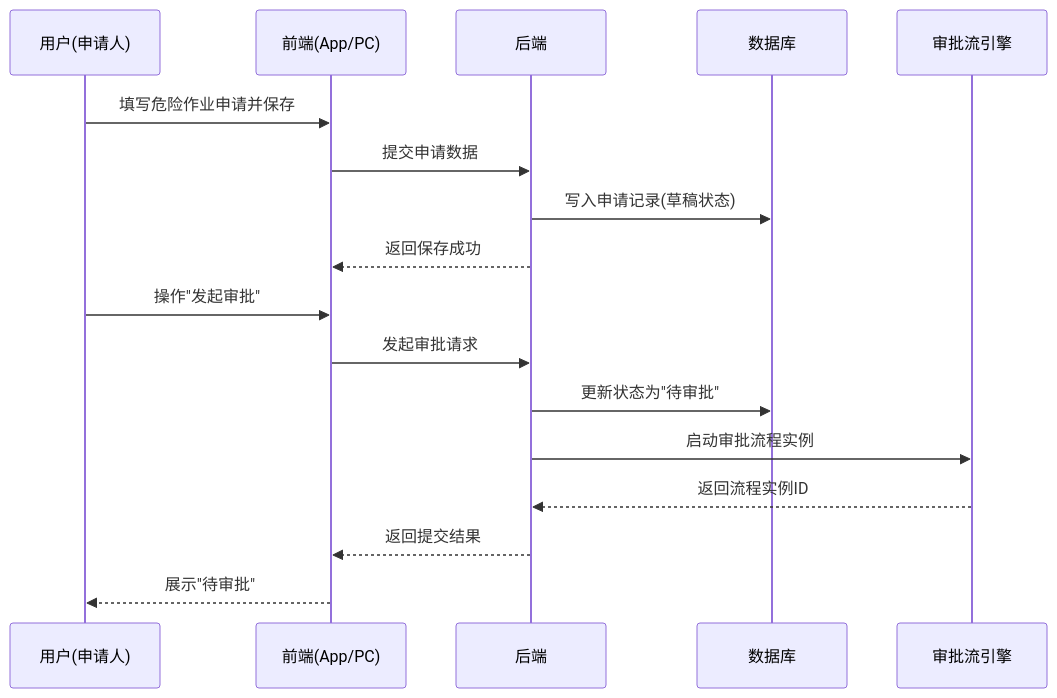
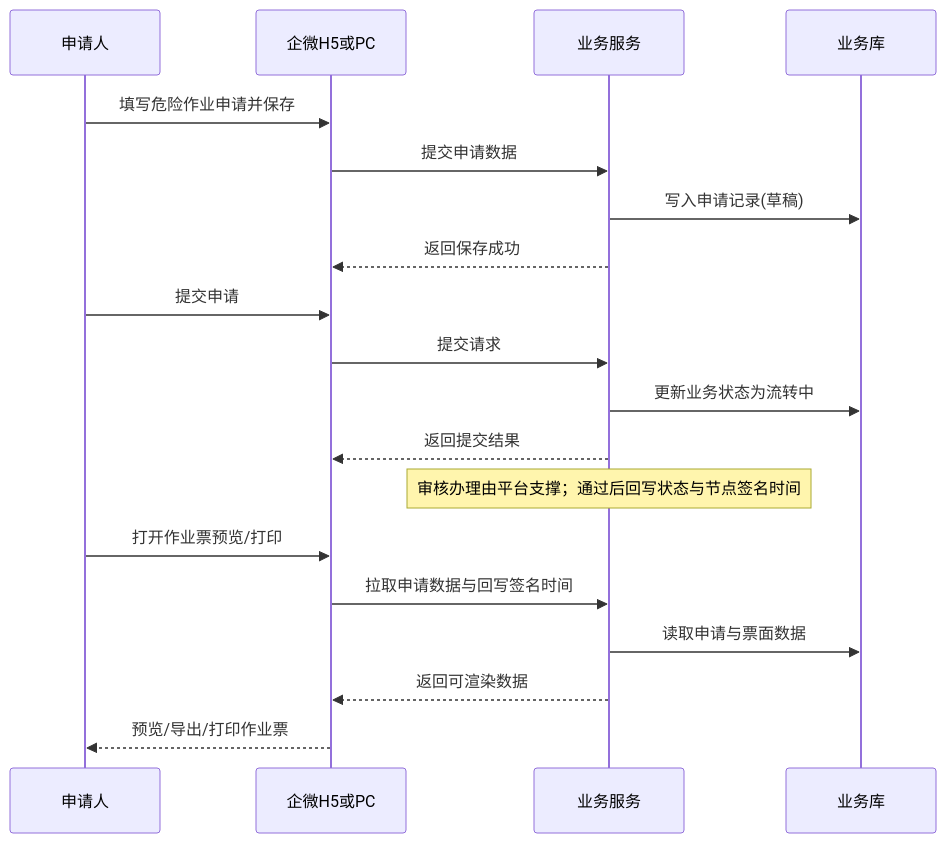
The tenth of 10 diagrams in docs/versions/v1.0.0/prd.md (liaoliao66/SES), drawn with Mermaid before and after one commit. The commit also changed other lines of this file, not shown here.

Commit message:
docs: 按 rulese 规范重写 v1.0.0 PRD（企微H5形态并剥离平台公共能力）

````diff
--- a/docs/versions/v1.0.0/prd.md
+++ b/docs/versions/v1.0.0/prd.md
@@ -225,21 +355,24 @@
 ```mermaid
 sequenceDiagram
-  participant U as 用户(申请人)
-  participant FE as 前端(App/PC)
-  participant BE as 后端
-  participant DB as 数据库
-  participant WF as 审批流引擎
+  participant U as 申请人
+  participant FE as 企微H5或PC
+  participant BE as 业务服务
+  participant DB as 业务库
 
   U->>FE: 填写危险作业申请并保存
   FE->>BE: 提交申请数据
-  BE->>DB: 写入申请记录(草稿状态)
+  BE->>DB: 写入申请记录(草稿)
   BE-->>FE: 返回保存成功
 
-  U->>FE: 操作"发起审批"
-  FE->>BE: 发起审批请求
-  BE->>DB: 更新状态为"待审批"
-  BE->>WF: 启动审批流程实例
-  WF-->>BE: 返回流程实例ID
+  U->>FE: 提交申请
+  FE->>BE: 提交请求
+  BE->>DB: 更新业务状态为流转中
   BE-->>FE: 返回提交结果
-  FE-->>U: 展示"待审批"
+  Note over BE: 审核办理由平台支撑；通过后回写状态与节点签名时间
+
+  U->>FE: 打开作业票预览/打印
+  FE->>BE: 拉取申请数据与回写签名时间
+  BE->>DB: 读取申请与票面数据
+  BE-->>FE: 返回可渲染数据
+  FE-->>U: 预览/导出/打印作业票
 ```
````
